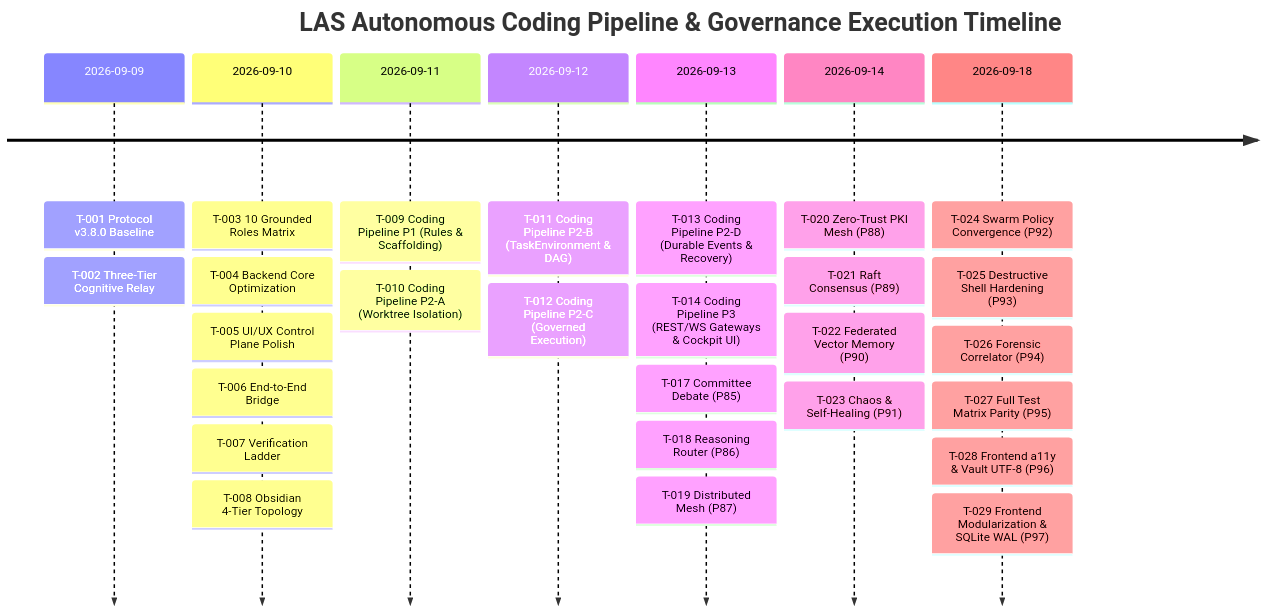
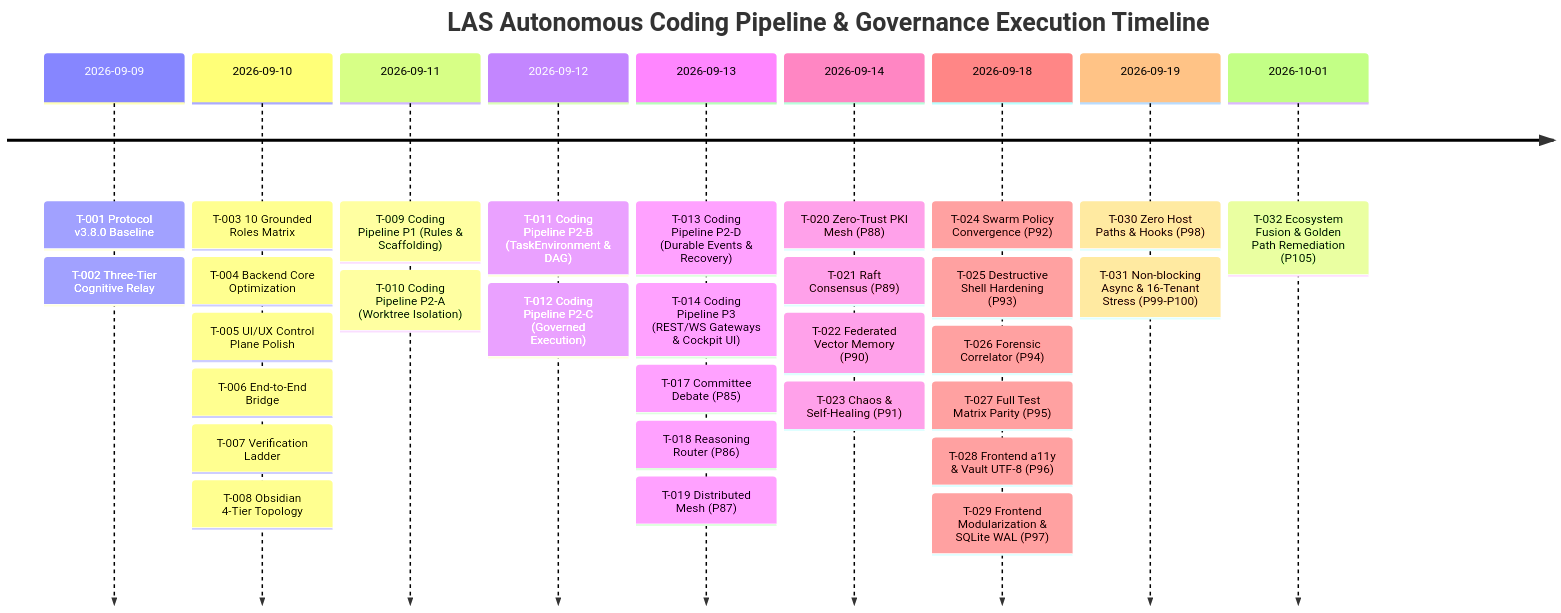
One commit to OPluke11-abula/LLM-Agent-System changed the diagram in docs/obsidian/80 Project Execution History & Milestone Logs.md. Above: the diagram before and after it, drawn with Mermaid. The commit also changed other lines of this file and 76 other files, not shown here.

````diff
--- a/docs/obsidian/80 Project Execution History & Milestone Logs.md
+++ b/docs/obsidian/80 Project Execution History & Milestone Logs.md
@@ -26,11 +26,13 @@
 ```mermaid
 timeline
     title LAS Autonomous Coding Pipeline & Governance Execution Timeline
     2026-09-09 : T-001 Protocol v3.8.0 Baseline : T-002 Three-Tier Cognitive Relay
     2026-09-10 : T-003 10 Grounded Roles Matrix : T-004 Backend Core Optimization : T-005 UI/UX Control Plane Polish : T-006 End-to-End Bridge : T-007 Verification Ladder : T-008 Obsidian 4-Tier Topology
     2026-09-11 : T-009 Coding Pipeline P1 (Rules & Scaffolding) : T-010 Coding Pipeline P2-A (Worktree Isolation)
     2026-09-12 : T-011 Coding Pipeline P2-B (TaskEnvironment & DAG) : T-012 Coding Pipeline P2-C (Governed Execution)
     2026-09-13 : T-013 Coding Pipeline P2-D (Durable Events & Recovery) : T-014 Coding Pipeline P3 (REST/WS Gateways & Cockpit UI) : T-017 Committee Debate (P85) : T-018 Reasoning Router (P86) : T-019 Distributed Mesh (P87)
     2026-09-14 : T-020 Zero-Trust PKI Mesh (P88) : T-021 Raft Consensus (P89) : T-022 Federated Vector Memory (P90) : T-023 Chaos & Self-Healing (P91)
     2026-09-18 : T-024 Swarm Policy Convergence (P92) : T-025 Destructive Shell Hardening (P93) : T-026 Forensic Correlator (P94) : T-027 Full Test Matrix Parity (P95) : T-028 Frontend a11y & Vault UTF-8 (P96) : T-029 Frontend Modularization & SQLite WAL (P97)
+    2026-09-19 : T-030 Zero Host Paths & Hooks (P98) : T-031 Non-blocking Async & 16-Tenant Stress (P99-P100)
+    2026-10-01 : T-032 Ecosystem Fusion & Golden Path Remediation (P105)
 ```
````
